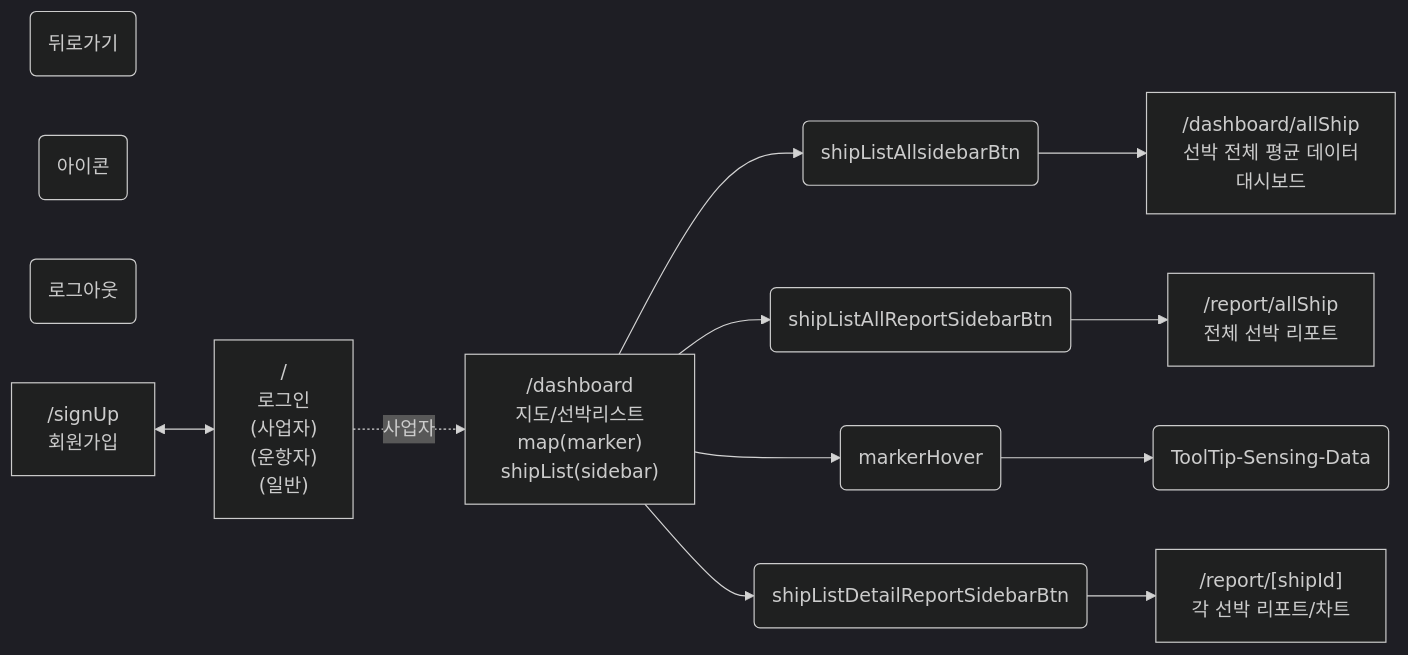
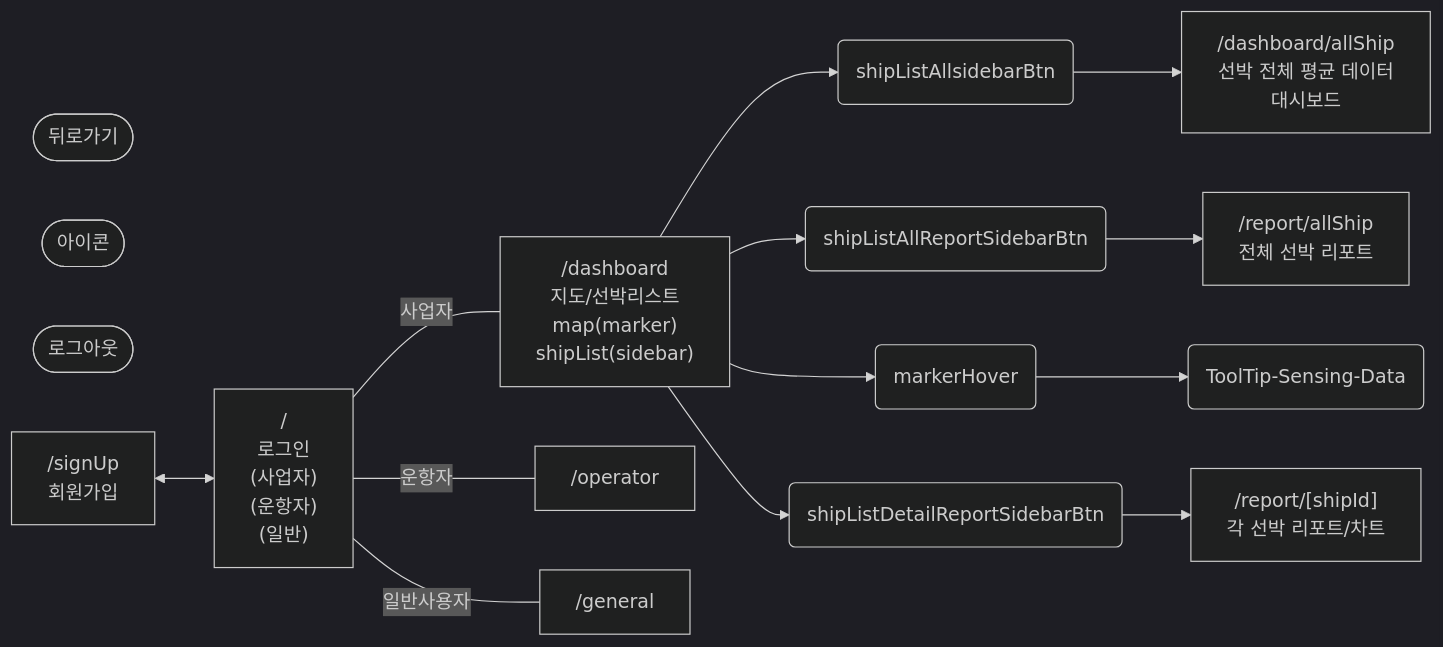
One commit to SAHA-YJB/IoT-page-flow changed the diagram in ioTUserFlow.md. Above: the diagram before and after it, drawn with Mermaid (dark theme).

Commit message:
일반, 운항자 삽입

````diff
--- a/ioTUserFlow.md
+++ b/ioTUserFlow.md
@@ -3,43 +3,51 @@
 ```mermaid
 flowchart LR
-   뒤로가기(뒤로가기)
-   아이콘(아이콘)
-   로그아웃(로그아웃)
+   뒤로가기([뒤로가기])
+   아이콘([아이콘])
+   로그아웃([로그아웃])
 
    shipListAllBtn(shipListAllsidebarBtn)
    shipListAllReportBtn(shipListAllReportSidebarBtn)
    shipListDetailReportBtn(shipListDetailReportSidebarBtn)
    markerHover(markerHover)
 
    회원가입["`/signUp
    회원가입`"]
 
    통합로그인["`/
    로그인
    (사업자)
    (운항자)
    (일반)`"]
 
    사업자["`/dashboard
    지도/선박리스트
    map(marker)
    shipList(sidebar)
    `"]
 
+   운항자["`/operator
+   `"]
+
+   일반사용자["`/general
+   `"]
+
    대시보드["`/dashboard/allShip
    선박 전체 평균 데이터
    대시보드`"]
 
    전체리포트["`/report/allShip
    전체 선박 리포트`"]
 
    각선박리포트차트["`/report/[shipId]
    각 선박 리포트/차트`"]
 
    회원가입 <--> 통합로그인
-   통합로그인-. 사업자 .-> 사업자
+   통합로그인-- 사업자 --- 사업자
+   통합로그인-- 운항자 --- 운항자
+   통합로그인-- 일반사용자 --- 일반사용자
    사업자 --> shipListAllBtn --> 대시보드
    사업자 --> shipListAllReportBtn --> 전체리포트
    사업자--> markerHover --> 툴팁(ToolTip-Sensing-Data)
    사업자--> shipListDetailReportBtn --> 각선박리포트차트
 ```
````
